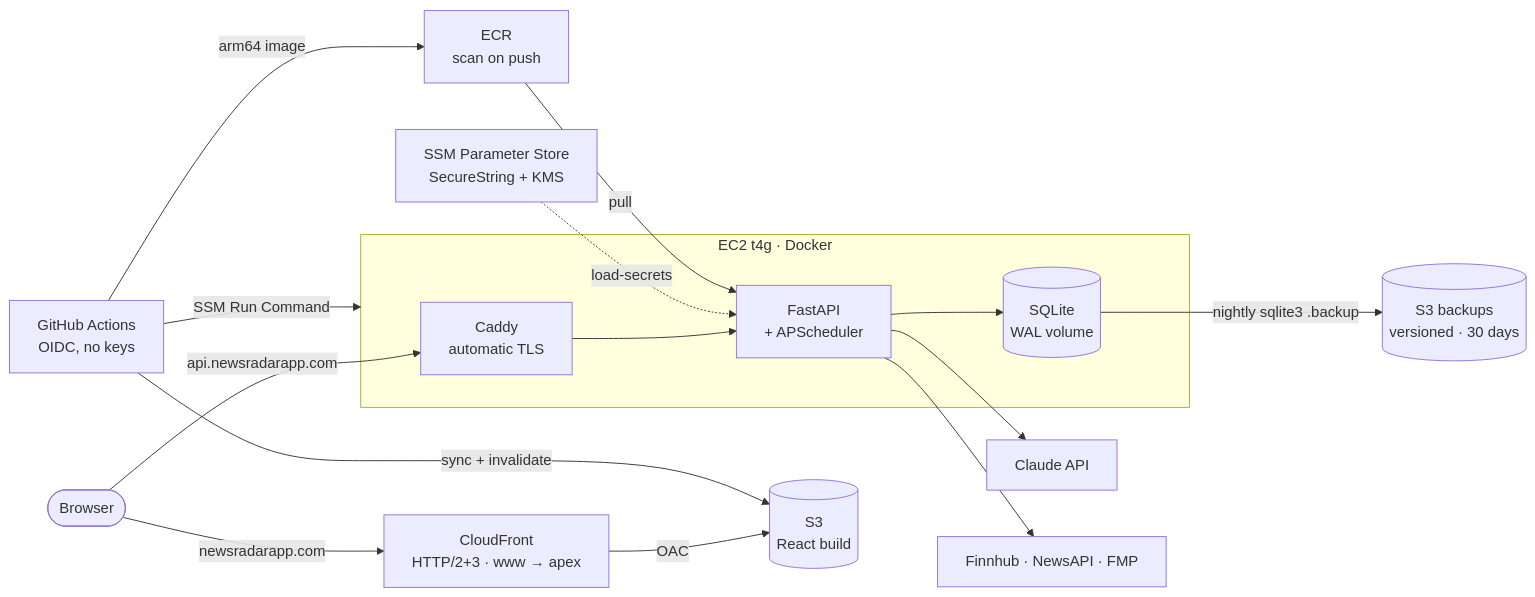
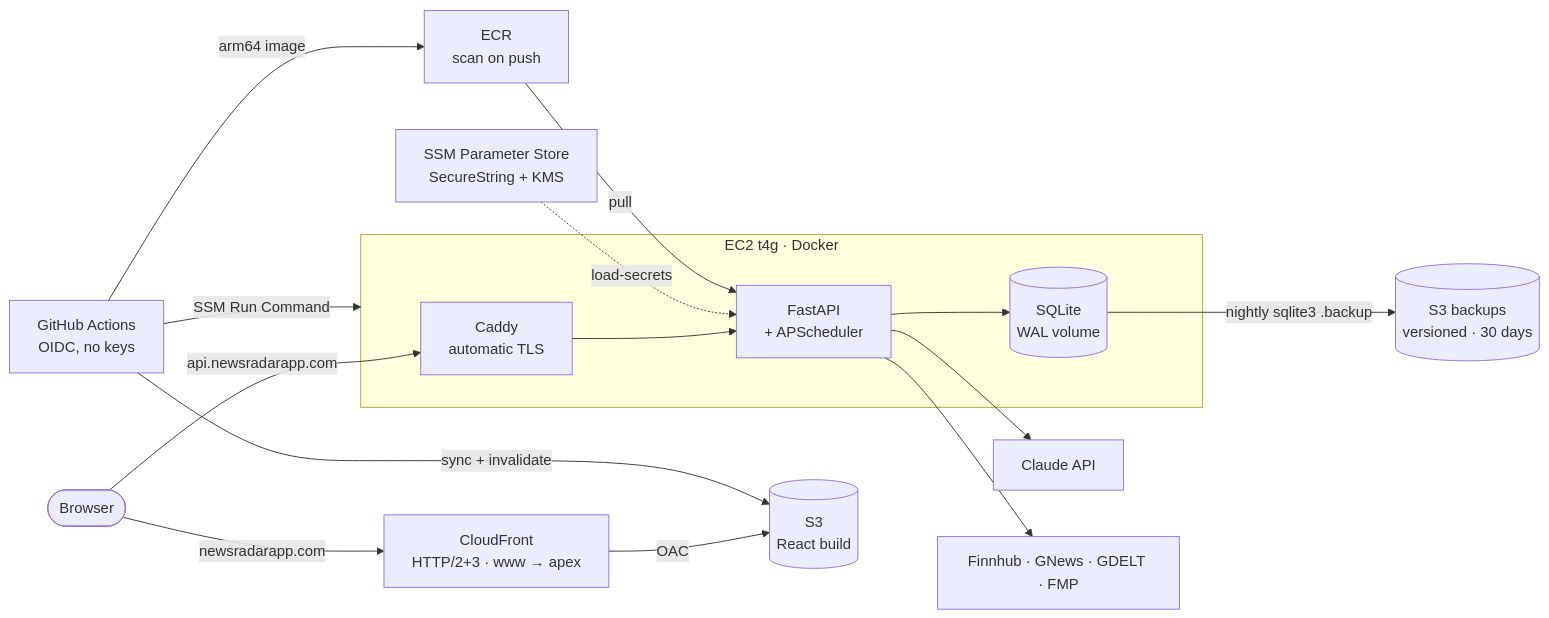
The diagram in README.md (sarpbicak/newsradar), drawn with Mermaid before and after one commit. The commit also changed other lines of this file and 5 other files, not shown here.

````diff
--- a/README.md
+++ b/README.md
@@ -57,18 +57,18 @@
 ```mermaid
 flowchart LR
   user([Browser]) -->|newsradarapp.com| cf["CloudFront<br/>HTTP/2+3 · www → apex"]
   cf -->|OAC| s3[("S3<br/>React build")]
   user -->|api.newsradarapp.com| caddy["Caddy<br/>automatic TLS"]
   subgraph ec2 ["EC2 t4g · Docker"]
     caddy --> api["FastAPI<br/>+ APScheduler"]
     api --> db[("SQLite<br/>WAL volume")]
   end
   api --> claude["Claude API"]
-  api --> news["Finnhub · NewsAPI · FMP"]
+  api --> news["Finnhub · GNews · GDELT · FMP"]
   db -->|"nightly sqlite3 .backup"| backup[("S3 backups<br/>versioned · 30 days")]
   params["SSM Parameter Store<br/>SecureString + KMS"] -.->|load-secrets| api
   gha["GitHub Actions<br/>OIDC, no keys"] -->|arm64 image| ecr["ECR<br/>scan on push"]
   ecr -->|pull| api
   gha -->|SSM Run Command| ec2
   gha -->|sync + invalidate| s3
 ```
````
